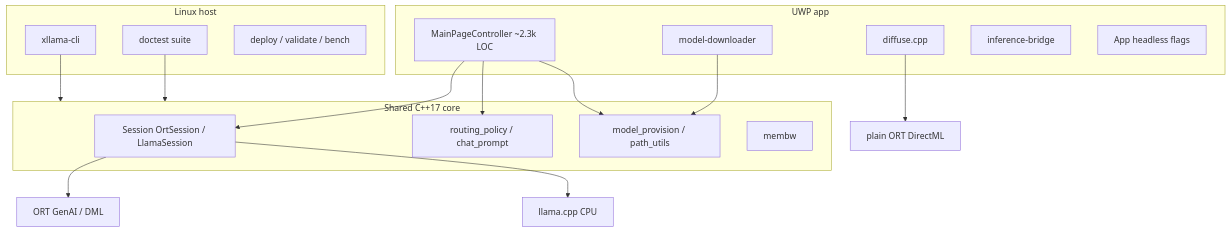
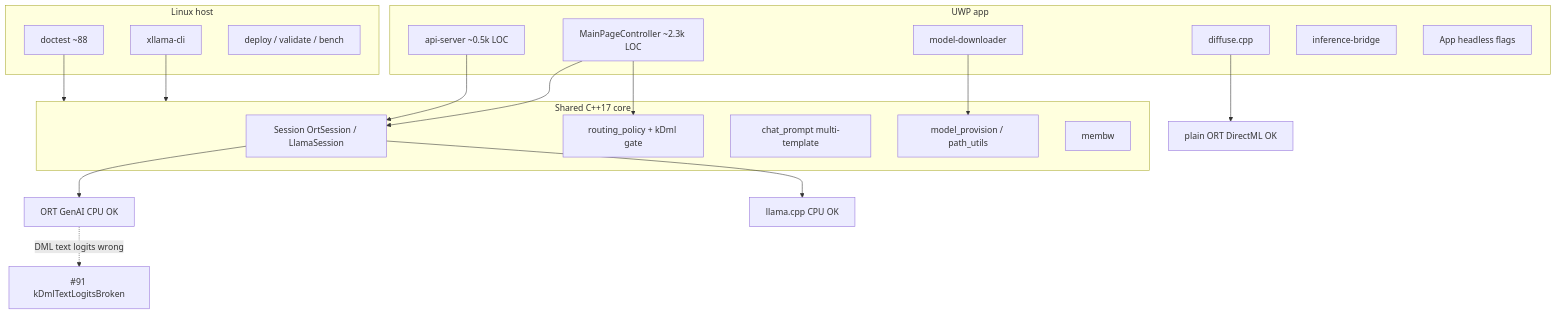
One commit to gianlucamazza/xllama changed the diagram in docs/project-analysis-2026-07.md. Above: the diagram before and after it, drawn with Mermaid. The commit also changed other lines of this file and 4 other files, not shown here.

````diff
--- a/docs/project-analysis-2026-07.md
+++ b/docs/project-analysis-2026-07.md
@@ -76,30 +100,33 @@
 ```mermaid
 flowchart TB
   subgraph host [Linux host]
     CLI[xllama-cli]
-    Tests[doctest suite]
+    Tests[doctest ~88]
     Scripts[deploy / validate / bench]
   end
   subgraph core [Shared C++17 core]
     Session[Session OrtSession / LlamaSession]
-    Policy[routing_policy / chat_prompt]
+    Policy[routing_policy + kDml gate]
+    Chat[chat_prompt multi-template]
     Prov[model_provision / path_utils]
     Membw[membw]
   end
   subgraph uwp [UWP app]
     MP[MainPageController ~2.3k LOC]
+    API[api-server ~0.5k LOC]
     DL[model-downloader]
     Diff[diffuse.cpp]
     IB[inference-bridge]
     App[App headless flags]
   end
   CLI --> core
   Tests --> core
   MP --> Session
   MP --> Policy
-  MP --> Prov
+  API --> Session
   DL --> Prov
-  Diff --> ORTDML[plain ORT DirectML]
-  Session --> ORTGA[ORT GenAI / DML]
-  Session --> Llama[llama.cpp CPU]
+  Diff --> ORTDML[plain ORT DirectML OK]
+  Session --> ORTGA[ORT GenAI CPU OK]
+  Session --> Llama[llama.cpp CPU OK]
+  ORTGA -.->|DML text logits wrong| Gate[#91 kDmlTextLogitsBroken]
 ```
````
